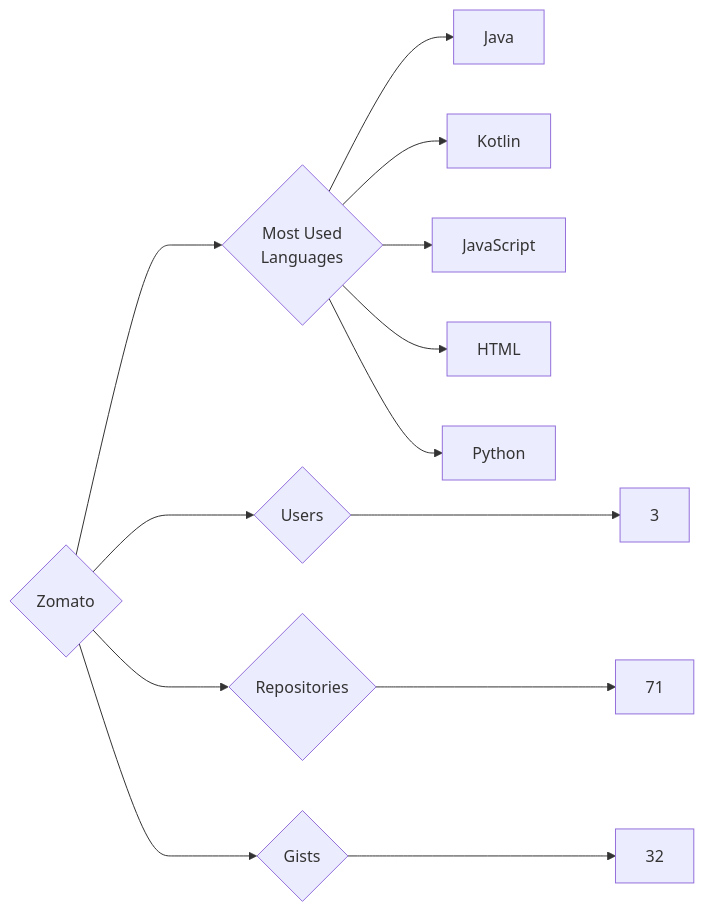
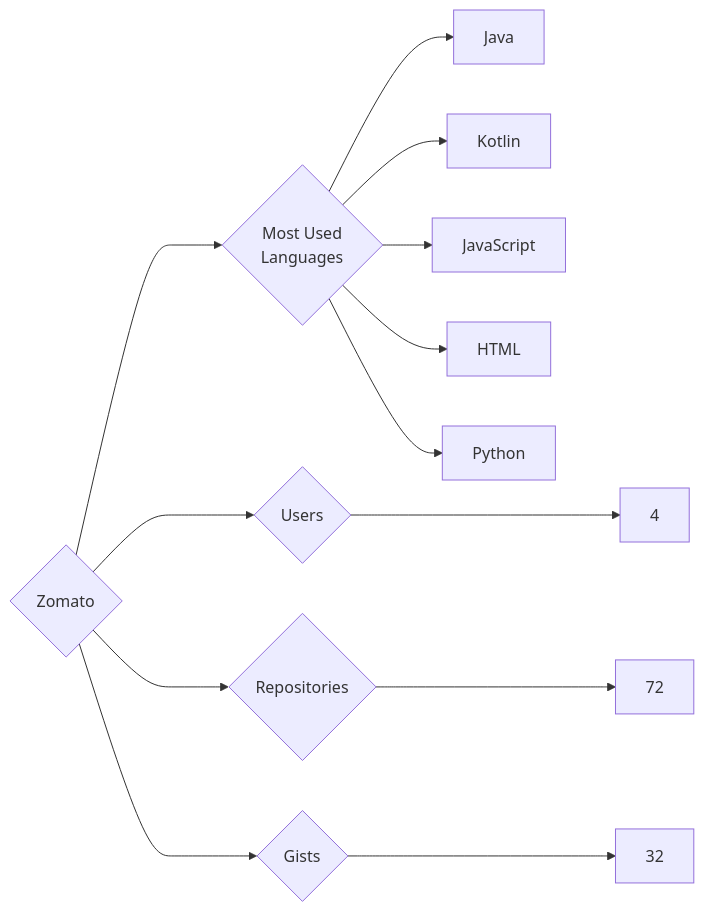
Before and after one commit to trickest/insiders: the diagram in targets/Zomato/README.md, drawn with Mermaid. The commit also changed 939 other files, not shown here.

````diff
--- a/targets/Zomato/README.md
+++ b/targets/Zomato/README.md
@@ -3,13 +3,13 @@
 ```mermaid
 graph LR
 COMPANY_NAME{Zomato}
-COMPANY_NAME ---> U{Users} ---> UN[3]
-COMPANY_NAME ---> R{Repositories} ---> RN[71]
+COMPANY_NAME ---> U{Users} ---> UN[4]
+COMPANY_NAME ---> R{Repositories} ---> RN[72]
 COMPANY_NAME ---> G{Gists} ---> GN[32]
 COMPANY_NAME ---> ML{Most Used<br>Languages}
 ML --> Java[Java]
 ML --> Kotlin[Kotlin]
 ML --> JavaScript[JavaScript]
 ML --> HTML[HTML]
 ML --> Python[Python]
 ```
````
